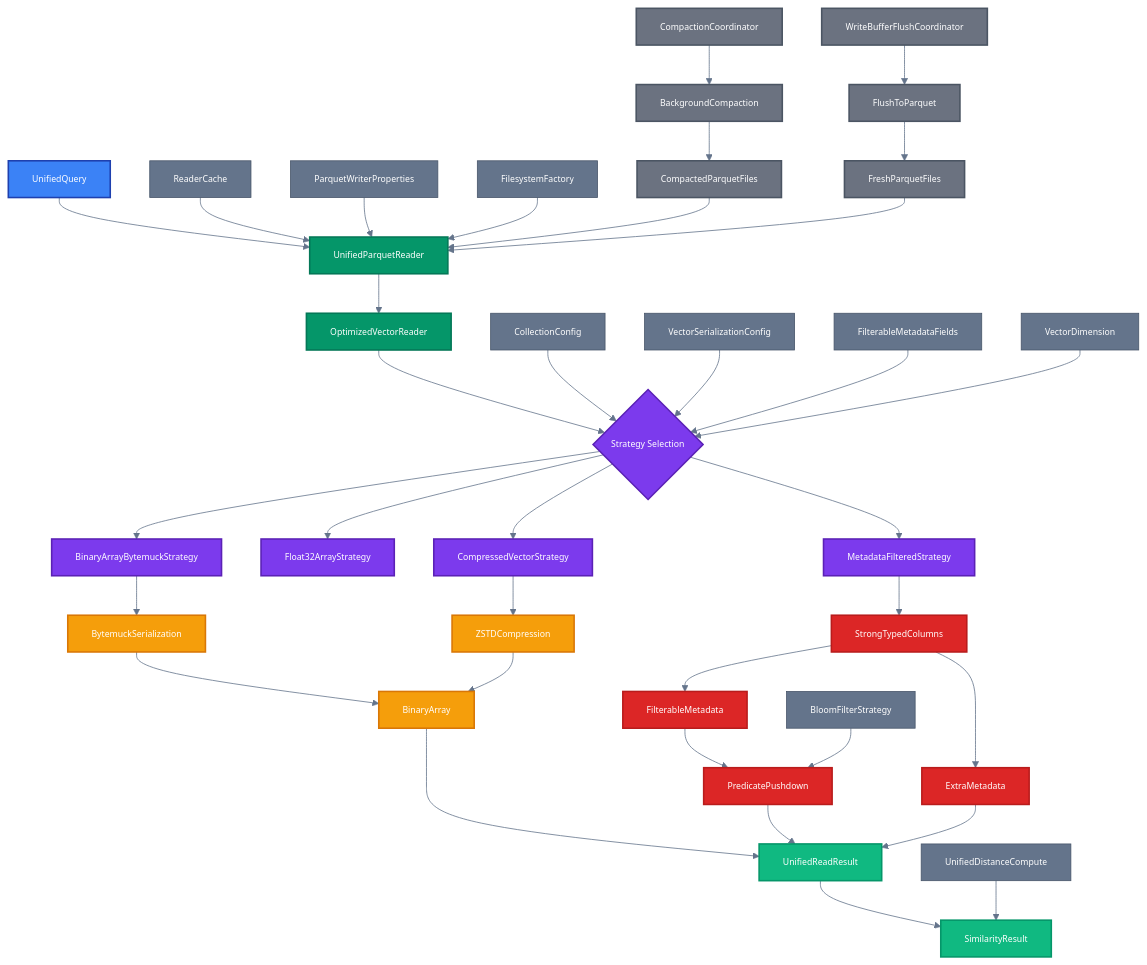
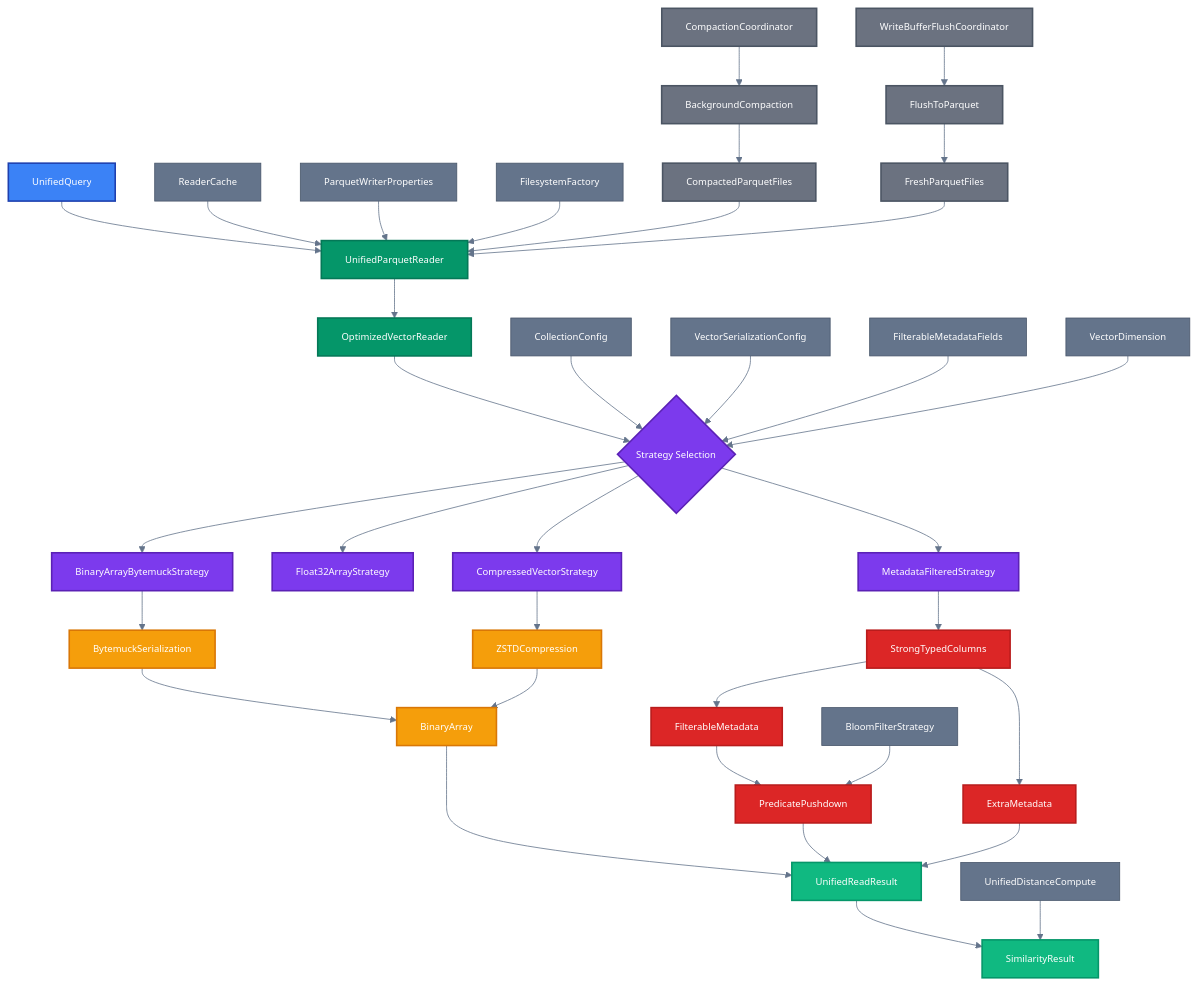
Before and after one commit to vjsingh1984/proximaDB: the diagram in docs/diagrams/unified-parquet-reader-architecture.mmd, drawn with Mermaid. The commit also changed 23 other files, not shown here.

First line of the commit message:
fix: improve filesystem operations and diagram readability

```diff
--- a/docs/diagrams/unified-parquet-reader-architecture.mmd
+++ b/docs/diagrams/unified-parquet-reader-architecture.mmd
@@ -1,85 +1,85 @@
 %%{init: {'theme':'base', 'themeVariables': { 
   'primaryColor':'#1e293b', 
   'primaryTextColor':'#ffffff', 
   'primaryBorderColor':'#334155', 
   'lineColor':'#64748b', 
   'secondaryColor':'#3b82f6',
   'tertiaryColor':'#e2e8f0',
   'background':'#f8fafc',
   'mainBkg':'#ffffff',
   'secondBkg':'#f1f5f9',
   'tertiaryBkg':'#e2e8f0',
-  'fontSize':'11px', 
+  'fontSize':'12px', 
   'fontFamily':'Inter, -apple-system, sans-serif'
 }}}%%
 
 graph TD
     A[UnifiedQuery] --> B[UnifiedParquetReader]
     B --> C[OptimizedVectorReader]
     C --> D{Strategy Selection}
     
     %% Strategy Selection Inputs
     E[CollectionConfig] --> D
     F[VectorSerializationConfig] --> D
     G[FilterableMetadataFields] --> D
     H[VectorDimension] --> D
     
     %% Reading Strategies
     D --> I[BinaryArrayBytemuckStrategy]
     D --> J[Float32ArrayStrategy] 
     D --> K[CompressedVectorStrategy]
     D --> L[MetadataFilteredStrategy]
     
     %% Compression Layer
     I --> M[BytemuckSerialization]
     K --> N[ZSTDCompression]
     M --> O[BinaryArray]
     N --> O
     
     %% Metadata Processing
     L --> P[StrongTypedColumns]
     P --> Q[FilterableMetadata]
     P --> R[ExtraMetadata]
     Q --> S[PredicatePushdown]
     
     %% Result Processing
     O --> T[UnifiedReadResult]
     S --> T
     R --> T
     T --> U[SimilarityResult]
     
     %% Background Processes
     V[CompactionCoordinator] --> W[BackgroundCompaction]
     X[WriteBufferFlushCoordinator] --> Y[FlushToParquet]
     W --> Z[CompactedParquetFiles]
     Y --> AA[FreshParquetFiles]
     
     %% Supporting Infrastructure
     BB[ReaderCache] --> B
     CC[ParquetWriterProperties] --> B
     DD[FilesystemFactory] --> B
     EE[UnifiedDistanceCompute] --> U
     FF[BloomFilterStrategy] --> S
 
     %% Data Flow Connections
     Z --> B
     AA --> B
     
     %% Styling
     classDef queryClass fill:#3b82f6,stroke:#1e40af,stroke-width:2px,color:#ffffff
     classDef readerClass fill:#059669,stroke:#047857,stroke-width:2px,color:#ffffff
     classDef strategyClass fill:#7c3aed,stroke:#5b21b6,stroke-width:2px,color:#ffffff
     classDef compressionClass fill:#f59e0b,stroke:#d97706,stroke-width:2px,color:#ffffff
     classDef metadataClass fill:#dc2626,stroke:#b91c1c,stroke-width:2px,color:#ffffff
     classDef resultClass fill:#10b981,stroke:#059669,stroke-width:2px,color:#ffffff
     classDef backgroundClass fill:#6b7280,stroke:#4b5563,stroke-width:2px,color:#ffffff
     classDef supportClass fill:#64748b,stroke:#475569,stroke-width:1px,color:#ffffff
 
     class A queryClass
     class B,C readerClass
     class D,I,J,K,L strategyClass
     class M,N,O compressionClass
     class P,Q,R,S metadataClass
     class T,U resultClass
     class V,W,X,Y,Z,AA backgroundClass
     class E,F,G,H,BB,CC,DD,EE,FF supportClass
```
